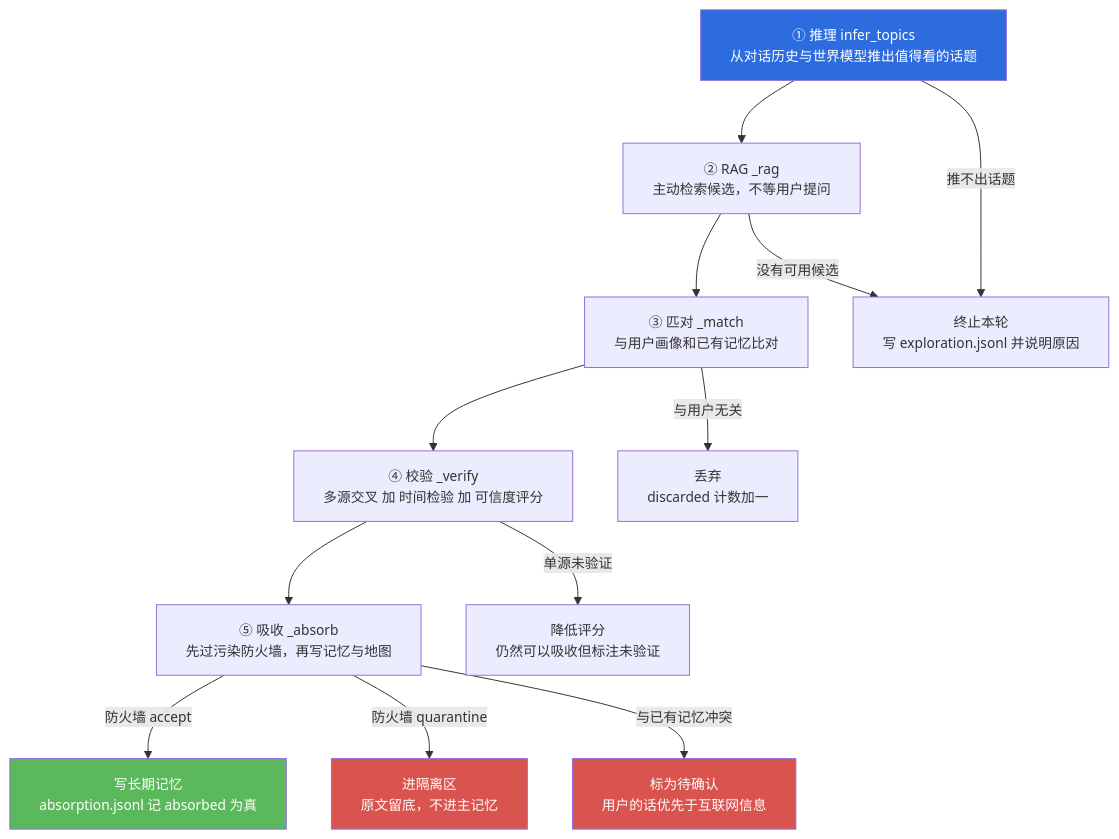
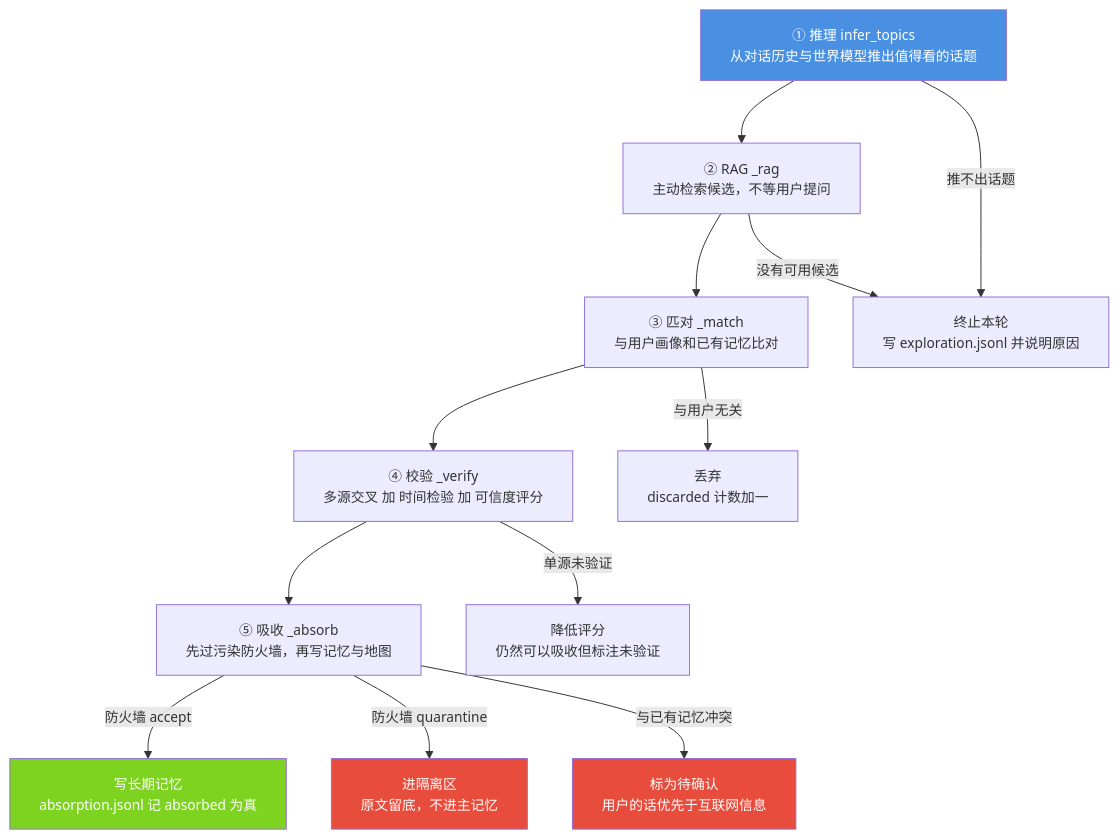
The second of 6 diagrams in docs/modules/06-world.md (jiangchuangege/xiaojiao-harnees), drawn with Mermaid before and after one commit. The commit also changed other lines of this file and 32 other files, not shown here.

Commit message:
统一：全仓原理图配色到一套调色板 + 给 12 张灰图补色 + 修正自己会睡那张过期图

````diff
--- a/docs/modules/06-world.md
+++ b/docs/modules/06-world.md
@@ -190,21 +190,21 @@
 ```mermaid
 %%{init: {"themeVariables": {"fontSize": "14px"}, "flowchart": {"htmlLabels": true, "wrappingWidth": 340, "nodeSpacing": 46, "rankSpacing": 64, "useMaxWidth": true}}}%%
 flowchart TB
     S1["① 推理 infer_topics<br/>从对话历史与世界模型推出值得看的话题"] --> S2["② RAG _rag<br/>主动检索候选，不等用户提问"]
     S2 --> S3["③ 匹对 _match<br/>与用户画像和已有记忆比对"]
     S3 --> S4["④ 校验 _verify<br/>多源交叉 加 时间检验 加 可信度评分"]
     S4 --> S5["⑤ 吸收 _absorb<br/>先过污染防火墙，再写记忆与地图"]
 
     S1 -->|"推不出话题"| STOP["终止本轮<br/>写 exploration.jsonl 并说明原因"]
     S2 -->|"没有可用候选"| STOP
     S3 -->|"与用户无关"| DROP["丢弃<br/>discarded 计数加一"]
     S4 -->|"单源未验证"| LOW["降低评分<br/>仍然可以吸收但标注未验证"]
     S5 -->|"防火墙 accept"| ABS["写长期记忆<br/>absorption.jsonl 记 absorbed 为真"]
     S5 -->|"防火墙 quarantine"| Q["进隔离区<br/>原文留底，不进主记忆"]
     S5 -->|"与已有记忆冲突"| CONF["标为待确认<br/>用户的话优先于互联网信息"]
 
-    style S1 fill:#2d6cdf,color:#fff
-    style ABS fill:#5cb85c,color:#fff
-    style Q fill:#d9534f,color:#fff
-    style CONF fill:#d9534f,color:#fff
+    style S1 fill:#4A90E2,color:#fff
+    style ABS fill:#7ED321,color:#fff
+    style Q fill:#E74C3C,color:#fff
+    style CONF fill:#E74C3C,color:#fff
 ```
````
